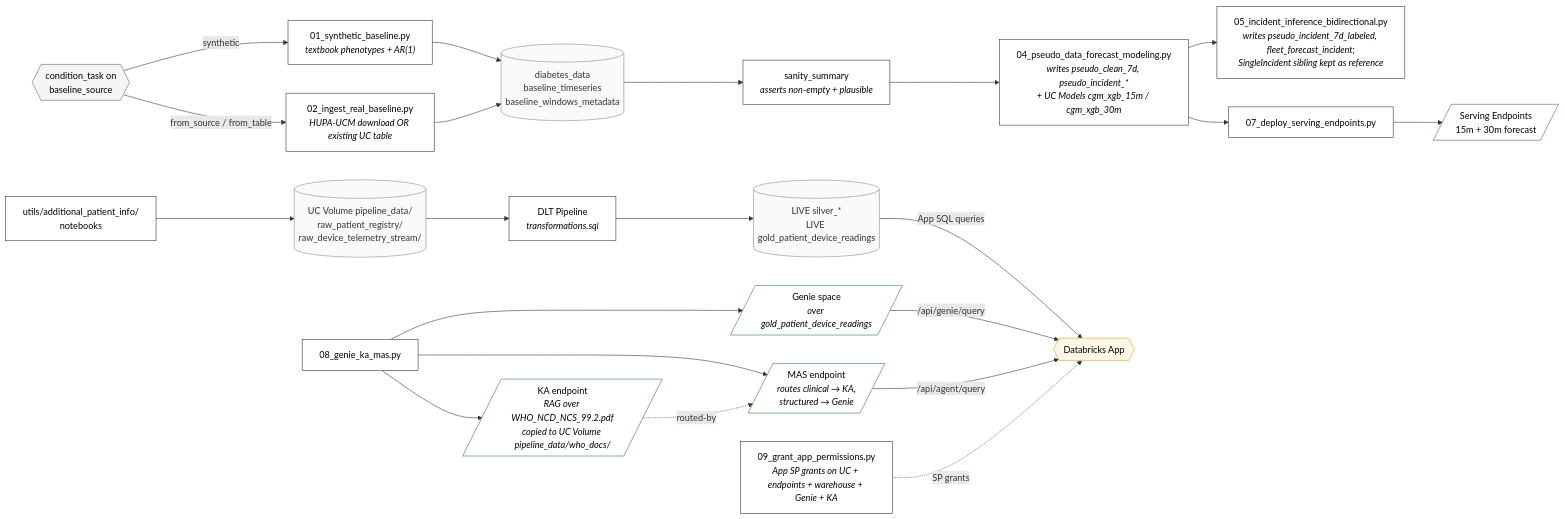
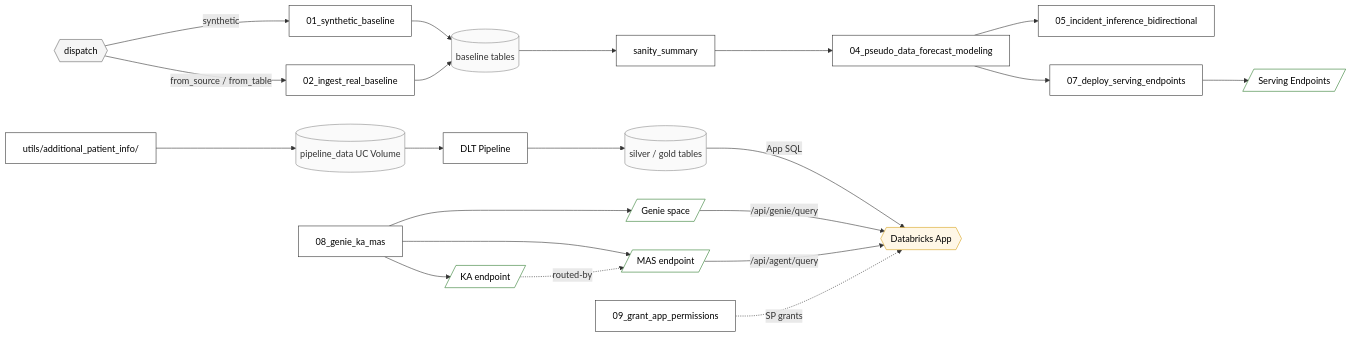
One commit to databricks-industry-solutions/glucosphere changed the second of 3 diagrams in DEPLOY.md. Above: the diagram before and after it, drawn with Mermaid. The commit also changed other lines of this file, not shown here.

First line of the commit message:
docs(DEPLOY): strip detail from all 3 Mermaid diagrams; move per-node detail into adjacent tables

````diff
--- a/DEPLOY.md
+++ b/DEPLOY.md
@@ -64,44 +80,44 @@
 ```mermaid
 flowchart LR
     classDef nb fill:#fff,stroke:#333,stroke-width:1px,color:#000
     classDef branch fill:#f5f5f5,stroke:#666,stroke-width:1px,color:#000
     classDef data fill:#fafafa,stroke:#888,stroke-width:1px,color:#333
     classDef endpoint fill:#fff,stroke:#2d7a2d,stroke-width:1px,color:#000
     classDef app fill:#fff7e6,stroke:#d4a017,stroke-width:1px,color:#000
 
-    V{{condition_task on<br/>baseline_source}}:::branch
-    NB01["01_synthetic_baseline.py<br/><i>textbook phenotypes + AR(1)</i>"]:::nb
-    NB02[02_ingest_real_baseline.py<br/><i>HUPA-UCM download OR existing UC table</i>]:::nb
-    T1[(diabetes_data<br/>baseline_timeseries<br/>baseline_windows_metadata)]:::data
-    S[sanity_summary<br/><i>asserts non-empty + plausible</i>]:::nb
-    NB04[04_pseudo_data_forecast_modeling.py<br/><i>writes pseudo_clean_7d, pseudo_incident_*<br/>+ UC Models cgm_xgb_15m / cgm_xgb_30m</i>]:::nb
-    NB05[05_incident_inference_bidirectional.py<br/><i>writes pseudo_incident_7d_labeled, fleet_forecast_incident;<br/>SingleIncident sibling kept as reference</i>]:::nb
-    NB07[07_deploy_serving_endpoints.py]:::nb
-    EP1[/Serving Endpoints<br/>15m + 30m forecast/]:::endpoint
-    UTILS[utils/additional_patient_info/<br/>notebooks]:::nb
-    VOL[(UC Volume pipeline_data/<br/>raw_patient_registry/<br/>raw_device_telemetry_stream/)]:::data
-    DLT[DLT Pipeline<br/><i>transformations.sql</i>]:::nb
-    GOLD[(LIVE silver_*<br/>LIVE gold_patient_device_readings)]:::data
-    NB08[08_genie_ka_mas.py]:::nb
-    GENIE[/Genie space<br/><i>over gold_patient_device_readings</i>/]:::endpoint
-    KA[/KA endpoint<br/><i>RAG over WHO_NCD_NCS_99.2.pdf<br/>copied to UC Volume pipeline_data/who_docs/</i>/]:::endpoint
-    MAS[/MAS endpoint<br/><i>routes clinical → KA,<br/>structured → Genie</i>/]:::endpoint
+    V{{dispatch}}:::branch
+    NB01[01_synthetic_baseline]:::nb
+    NB02[02_ingest_real_baseline]:::nb
+    T1[(baseline tables)]:::data
+    S[sanity_summary]:::nb
+    NB04[04_pseudo_data_forecast_modeling]:::nb
+    NB05[05_incident_inference_bidirectional]:::nb
+    NB07[07_deploy_serving_endpoints]:::nb
+    EP1[/Serving Endpoints/]:::endpoint
+    UTILS[utils/additional_patient_info/]:::nb
+    VOL[(pipeline_data UC Volume)]:::data
+    DLT[DLT Pipeline]:::nb
+    GOLD[(silver / gold tables)]:::data
+    NB08[08_genie_ka_mas]:::nb
+    GENIE[/Genie space/]:::endpoint
+    KA[/KA endpoint/]:::endpoint
+    MAS[/MAS endpoint/]:::endpoint
     APP{{Databricks App}}:::app
-    NB09[09_grant_app_permissions.py<br/><i>App SP grants on UC + endpoints + warehouse + Genie + KA</i>]:::nb
+    NB09[09_grant_app_permissions]:::nb
 
     V -- synthetic --> NB01
     V -- "from_source / from_table" --> NB02
     NB01 --> T1
     NB02 --> T1
     T1 --> S --> NB04 --> NB05
     NB04 --> NB07 --> EP1
     UTILS --> VOL --> DLT --> GOLD
-    GOLD -- App SQL queries --> APP
+    GOLD -- App SQL --> APP
     NB08 --> GENIE
     NB08 --> KA
     NB08 --> MAS
     GENIE -- /api/genie/query --> APP
     MAS -- /api/agent/query --> APP
     KA -.routed-by.-> MAS
     NB09 -.SP grants.-> APP
 ```
````
